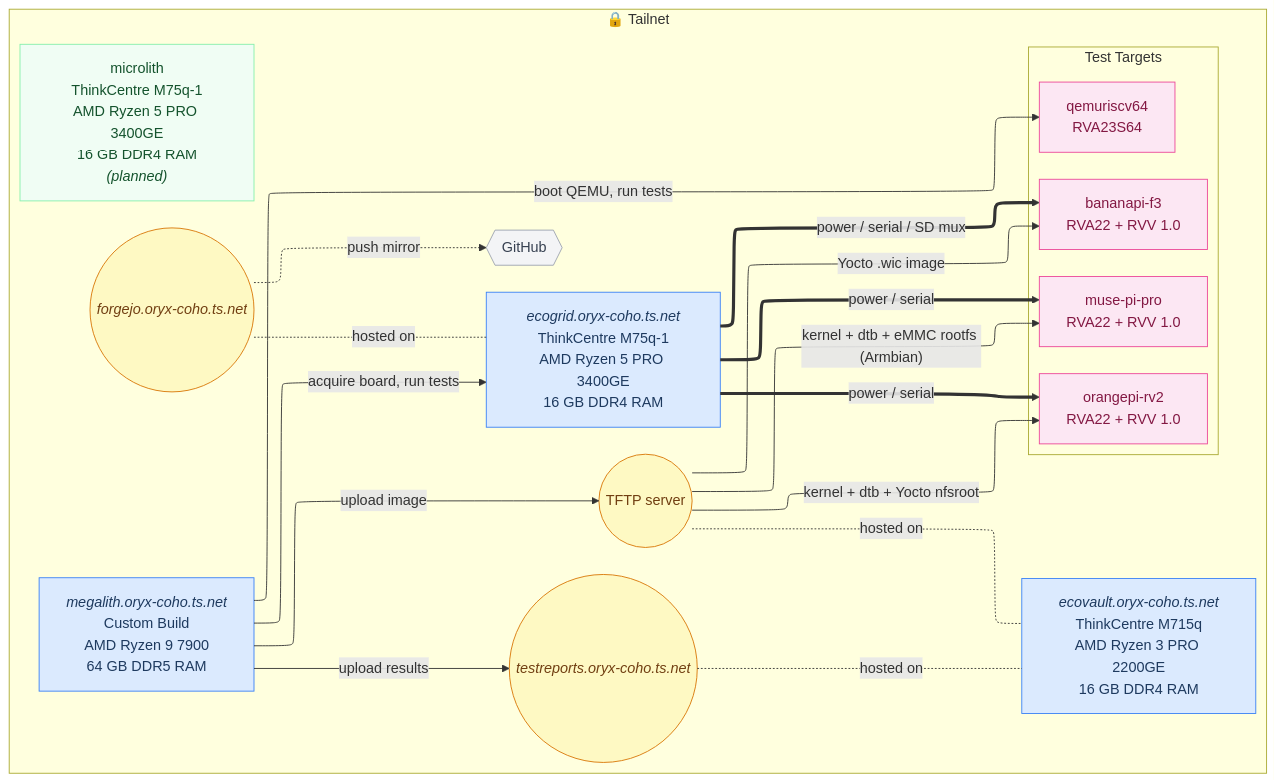
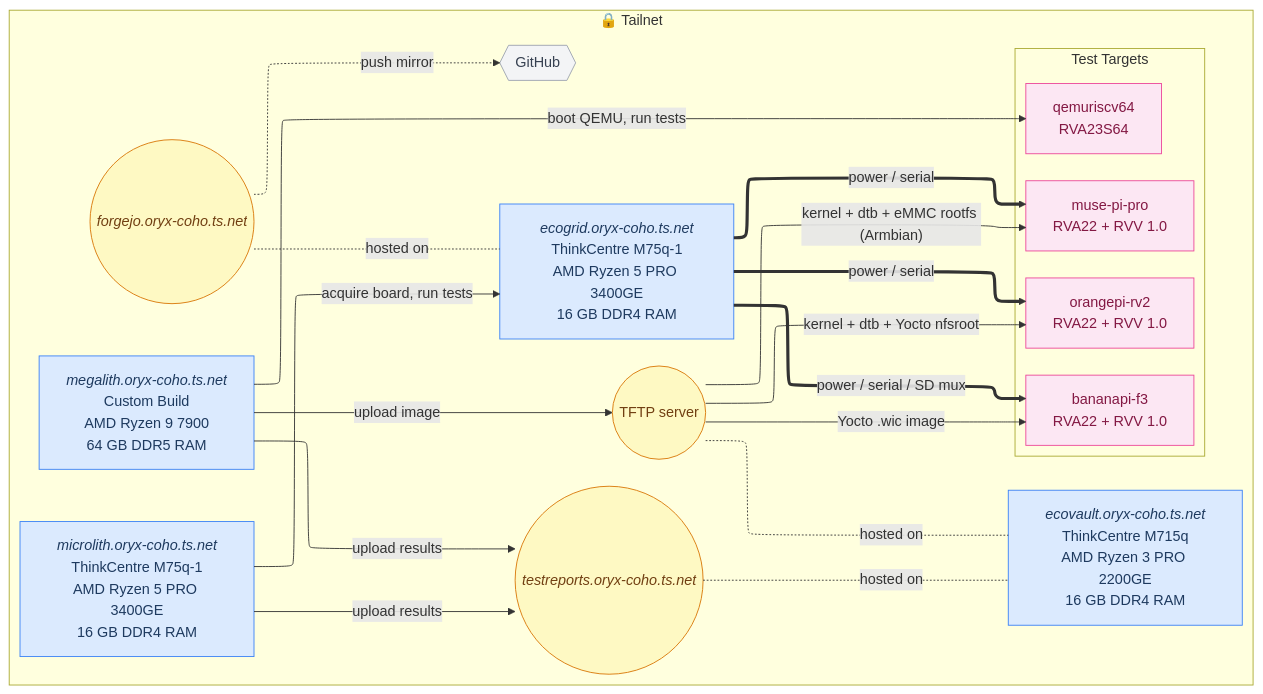
The diagram in docs/network.mmd (threexc/boardgarden), drawn with Mermaid before and after one commit. The commit also changed 2 other files, not shown here.

Commit message:
docs: network.yaml: update runner2
Now that it is deployed, update the connections.

```diff
--- a/docs/network.mmd
+++ b/docs/network.mmd
@@ -1,48 +1,47 @@
 %%{init: {"theme": "default", "flowchart": {"htmlLabels": true, "nodeSpacing": 30, "rankSpacing": 60, "defaultRenderer": "elk"}, "themeVariables": {"fontSize": "16px"}} }%%flowchart LR
   subgraph tailnet["🔒 Tailnet"]
     ecogrid["<i>ecogrid.oryx-coho.ts.net</i><br/>ThinkCentre M75q-1<br/>AMD Ryzen 5 PRO 3400GE<br/>16 GB DDR4 RAM"]
     ecovault["<i>ecovault.oryx-coho.ts.net</i><br/>ThinkCentre M715q<br/>AMD Ryzen 3 PRO 2200GE<br/>16 GB DDR4 RAM"]
     runner1["<i>megalith.oryx-coho.ts.net</i><br/>Custom Build<br/>AMD Ryzen 9 7900<br/>64 GB DDR5 RAM"]
-    runner2["microlith<br/>ThinkCentre M75q-1<br/>AMD Ryzen 5 PRO 3400GE<br/>16 GB DDR4 RAM<br/><i>(planned)</i>"]
+    runner2["<i>microlith.oryx-coho.ts.net</i><br/>ThinkCentre M75q-1<br/>AMD Ryzen 5 PRO 3400GE<br/>16 GB DDR4 RAM"]
     github{{"GitHub"}}
     svc_forgejo(("<i>forgejo.oryx-coho.ts.net</i>"))
     svc_tftp(("TFTP server"))
     svc_reports(("<i>testreports.oryx-coho.ts.net</i>"))
     subgraph boards["Test Targets"]
       direction TB
       board_1["bananapi-f3<br/>RVA22 + RVV 1.0"]
       board_2["muse-pi-pro<br/>RVA22 + RVV 1.0"]
       board_3["orangepi-rv2<br/>RVA22 + RVV 1.0"]
       board_4["qemuriscv64<br/>RVA23S64"]
     end
   end
 
   %% ── Hosted-on relationships ──
   svc_forgejo -.-|hosted on| ecogrid
   svc_tftp -.-|hosted on| ecovault
   svc_reports -.-|hosted on| ecovault
 
   %% ── Links ──
   ecogrid ==>|"power / serial / SD mux"| board_1
   ecogrid ==>|"power / serial"| board_2
   ecogrid ==>|"power / serial"| board_3
   svc_forgejo -..->|"push mirror"| github
-  runner1 -->|"acquire board, run tests"| ecogrid
   runner1 -->|"upload image"| svc_tftp
   runner1 -->|"upload results"| svc_reports
   runner1 -->|"boot QEMU, run tests"| board_4
+  runner2 -->|"acquire board, run tests"| ecogrid
+  runner2 -->|"upload results"| svc_reports
   svc_tftp -->|"Yocto .wic image"| board_1
   svc_tftp -->|"kernel + dtb + eMMC rootfs (Armbian)"| board_2
   svc_tftp -->|"kernel + dtb + Yocto nfsroot"| board_3
 
   %% ── Styles ──
   classDef machine fill:#dbeafe,stroke:#3b82f6,color:#1e3a5f
-  class ecogrid,ecovault,runner1 machine
-  classDef planned fill:#f0fdf4,stroke:#86efac,color:#14532d
-  class runner2 planned
+  class ecogrid,ecovault,runner1,runner2 machine
   classDef external fill:#f3f4f6,stroke:#9ca3af,color:#374151
   class github external
   classDef service fill:#fef9c3,stroke:#d97706,color:#713f12
   class svc_forgejo,svc_tftp,svc_reports service
   classDef board fill:#fce7f3,stroke:#ec4899,color:#831843
   class board_1,board_2,board_3,board_4 board
```
